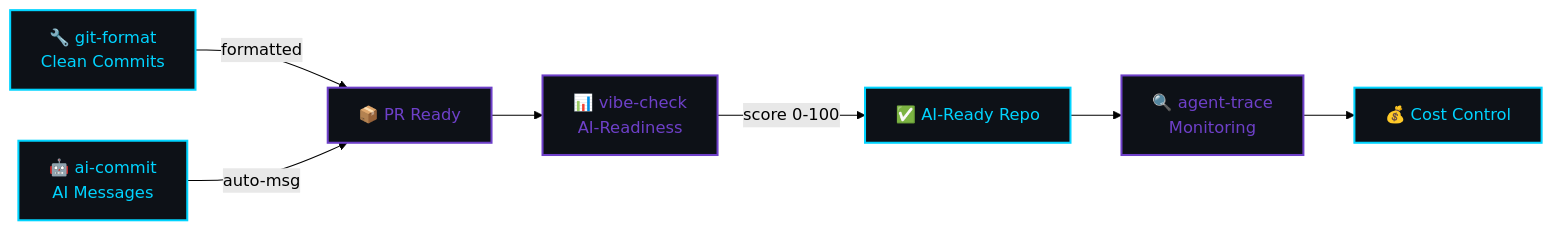
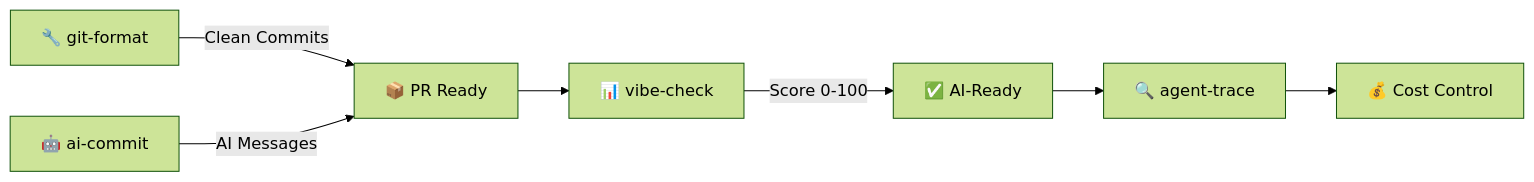
One commit to Serennity007/Serennity007 changed the diagram in README.md. Above: the diagram before and after it, drawn with Mermaid (forest theme). The commit also changed other lines of this file and 1 other file, not shown here.

````diff
--- a/README.md
+++ b/README.md
@@ -216,17 +98,9 @@
 ```mermaid
 graph LR
-    A["🔧 git-format<br/>Clean Commits"] -->|formatted| B["📦 PR Ready"]
-    C["🤖 ai-commit<br/>AI Messages"] -->|auto-msg| B
-    B --> D["📊 vibe-check<br/>AI-Readiness"]
-    D -->|"score 0-100"| E["✅ AI-Ready Repo"]
-    E --> F["🔍 agent-trace<br/>Monitoring"]
+    A["🔧 git-format"] -->|Clean Commits| B["📦 PR Ready"]
+    C["🤖 ai-commit"] -->|AI Messages| B
+    B --> D["📊 vibe-check"]
+    D -->|"Score 0-100"| E["✅ AI-Ready"]
+    E --> F["🔍 agent-trace"]
     F --> G["💰 Cost Control"]
-
-    style A fill:#0d1117,stroke:#00d4ff,stroke-width:2px,color:#00d4ff
-    style B fill:#0d1117,stroke:#6e40c9,stroke-width:2px,color:#6e40c9
-    style C fill:#0d1117,stroke:#00d4ff,stroke-width:2px,color:#00d4ff
-    style D fill:#0d1117,stroke:#6e40c9,stroke-width:2px,color:#6e40c9
-    style E fill:#0d1117,stroke:#00d4ff,stroke-width:2px,color:#00d4ff
-    style F fill:#0d1117,stroke:#6e40c9,stroke-width:2px,color:#6e40c9
-    style G fill:#0d1117,stroke:#00d4ff,stroke-width:2px,color:#00d4ff
 ```
````
